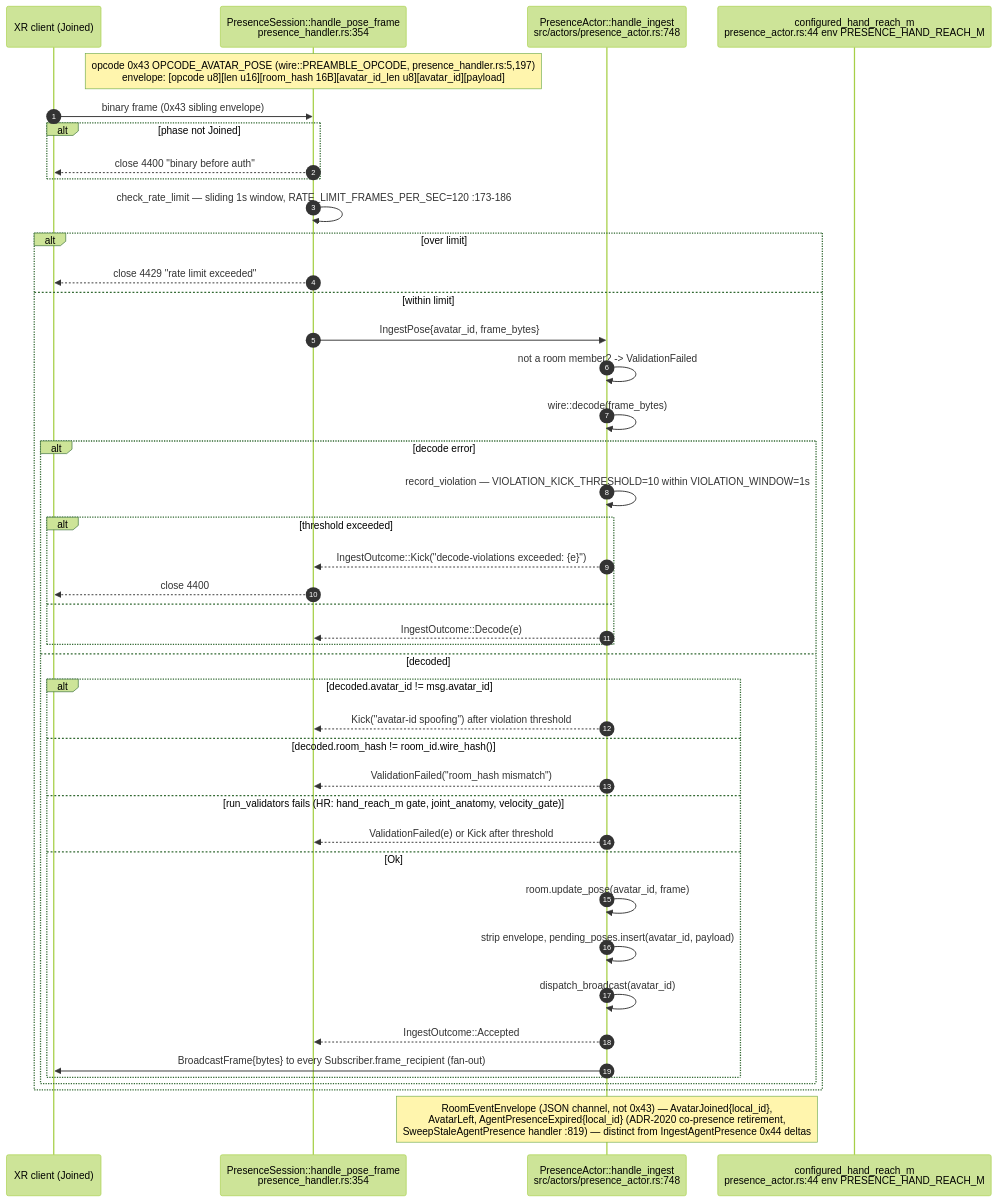
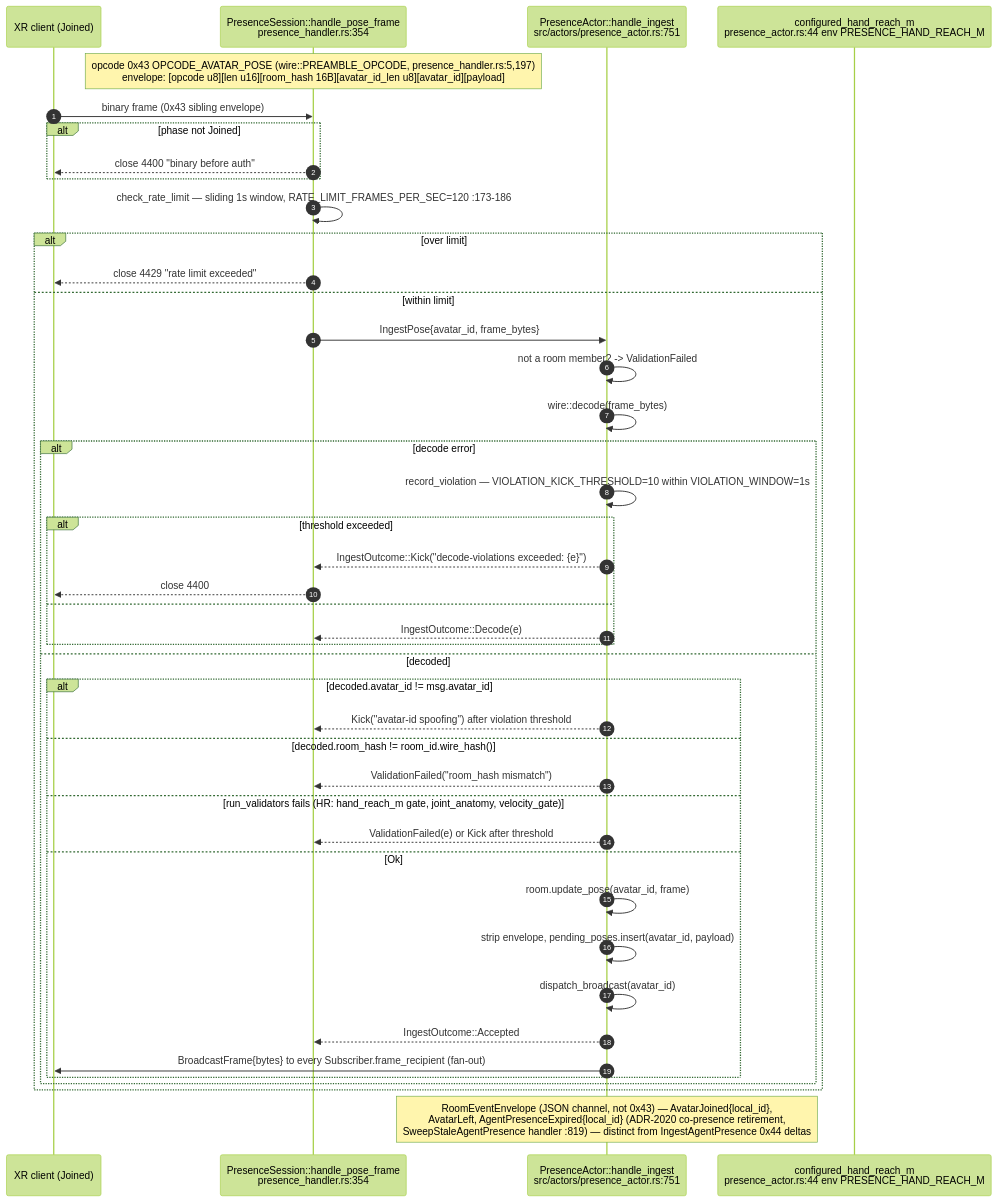
Before and after one commit to DreamLab-AI/AR-AI-Knowledge-Graph: the fifth of 18 diagrams in docs/diagrams/visionclaw/05-handlers-governance-and-identity.md, drawn with Mermaid (forest theme). The commit also changed other lines of this file and 73 other files, not shown here.

First line of the commit message:
docs(diagrams): re-verify all 71 topic files against HEAD; add --cite-check

````diff
--- a/docs/diagrams/visionclaw/05-handlers-governance-and-identity.md
+++ b/docs/diagrams/visionclaw/05-handlers-governance-and-identity.md
@@ -261,46 +261,46 @@
 ```mermaid
 sequenceDiagram
     autonumber
     participant C as XR client (Joined)
     participant WS as PresenceSession::handle_pose_frame<br/>presence_handler.rs:354
-    participant PA as PresenceActor::handle_ingest<br/>src/actors/presence_actor.rs:748
+    participant PA as PresenceActor::handle_ingest<br/>src/actors/presence_actor.rs:751
     participant HR as configured_hand_reach_m<br/>presence_actor.rs:44 env PRESENCE_HAND_REACH_M
 
     Note over WS: opcode 0x43 OPCODE_AVATAR_POSE (wire::PREAMBLE_OPCODE, presence_handler.rs:5,197)<br/>envelope: [opcode u8][len u16][room_hash 16B][avatar_id_len u8][avatar_id][payload]
     C->>WS: binary frame (0x43 sibling envelope)
     alt phase not Joined
         WS-->>C: close 4400 "binary before auth"
     end
     WS->>WS: check_rate_limit — sliding 1s window, RATE_LIMIT_FRAMES_PER_SEC=120 :173-186
     alt over limit
         WS-->>C: close 4429 "rate limit exceeded"
     else within limit
         WS->>PA: IngestPose{avatar_id, frame_bytes}
         PA->>PA: not a room member? -> ValidationFailed
         PA->>PA: wire::decode(frame_bytes)
         alt decode error
             PA->>PA: record_violation — VIOLATION_KICK_THRESHOLD=10 within VIOLATION_WINDOW=1s
             alt threshold exceeded
                 PA-->>WS: IngestOutcome::Kick("decode-violations exceeded: {e}")
                 WS-->>C: close 4400
             else
                 PA-->>WS: IngestOutcome::Decode(e)
             end
         else decoded
             alt decoded.avatar_id != msg.avatar_id
                 PA-->>WS: Kick("avatar-id spoofing") after violation threshold
             else decoded.room_hash != room_id.wire_hash()
                 PA-->>WS: ValidationFailed("room_hash mismatch")
             else run_validators fails (HR: hand_reach_m gate, joint_anatomy, velocity_gate)
                 PA-->>WS: ValidationFailed(e) or Kick after threshold
             else Ok
                 PA->>PA: room.update_pose(avatar_id, frame)
                 PA->>PA: strip envelope, pending_poses.insert(avatar_id, payload)
                 PA->>PA: dispatch_broadcast(avatar_id)
                 PA-->>WS: IngestOutcome::Accepted
                 PA->>C: BroadcastFrame{bytes} to every Subscriber.frame_recipient (fan-out)
             end
         end
     end
     Note over PA: RoomEventEnvelope (JSON channel, not 0x43) — AvatarJoined{local_id},<br/>AvatarLeft, AgentPresenceExpired{local_id} (ADR-2020 co-presence retirement,<br/>SweepStaleAgentPresence handler :819) — distinct from IngestAgentPresence 0x44 deltas
 ```
````
